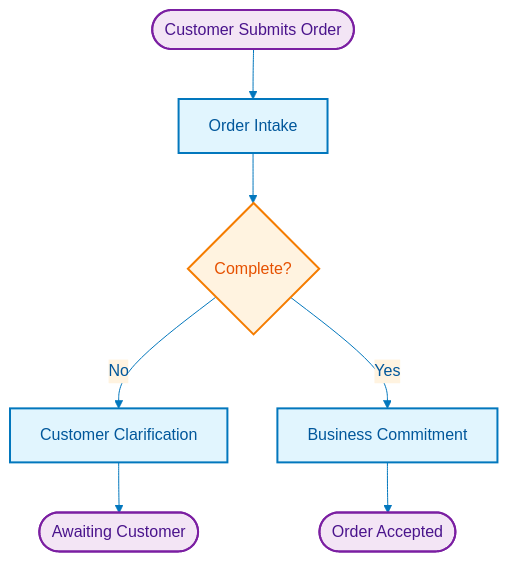
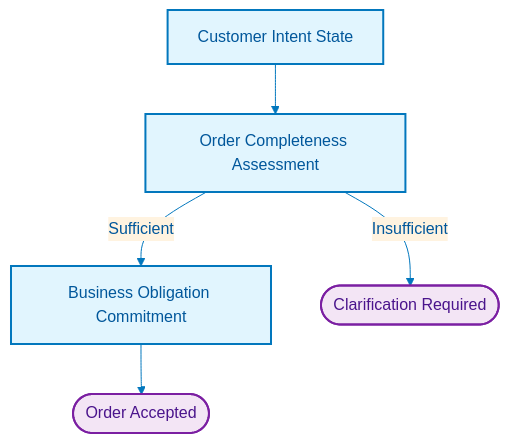
The fourth of 7 diagrams in docs/architecture/01-business-architecture.md (Evilazaro/Azure-LogicApps-Monitoring), drawn with Mermaid before and after one commit. The commit also changed other lines of this file, not shown here.

Commit message:
Refactor Business Architecture document: streamline capability definitions, enhance clarity in value streams, and update process flow descriptions

````diff
--- a/docs/architecture/01-business-architecture.md
+++ b/docs/architecture/01-business-architecture.md
@@ -357,28 +343,21 @@
 ```mermaid
 %%{init: {'theme':'base', 'themeVariables': { 'primaryColor':'#e1f5fe','primaryTextColor':'#01579b','primaryBorderColor':'#0277bd','lineColor':'#0277bd','secondaryColor':'#fff3e0','tertiaryColor':'#f3e5f5'}}}%%
 flowchart TB
-    Start([Customer Submits Order])
+    S1[Customer Intent State]
+    S2[Order Completeness Assessment]
+    S3[Business Obligation Commitment]
 
-    P1[Order Intake]
-    D1{Complete?}
-    P2[Customer Clarification]
-    P3[Business Commitment]
+    O1([Order Accepted])
+    O2([Clarification Required])
 
-    End1([Order Accepted])
-    End2([Awaiting Customer])
+    S1 --> S2
+    S2 -->|Sufficient| S3
+    S2 -->|Insufficient| O2
+    S3 --> O1
 
-    Start --> P1
-    P1 --> D1
-    D1 -->|No| P2
-    P2 --> End2
-    D1 -->|Yes| P3
-    P3 --> End1
+    classDef state fill:#e1f5fe,stroke:#0277bd,stroke-width:2px,color:#01579b
+    classDef outcome fill:#f3e5f5,stroke:#7b1fa2,stroke-width:2px,color:#4a148c
 
-    classDef process fill:#e1f5fe,stroke:#0277bd,stroke-width:2px,color:#01579b
-    classDef decision fill:#fff3e0,stroke:#f57c00,stroke-width:2px,color:#e65100
-    classDef terminal fill:#f3e5f5,stroke:#7b1fa2,stroke-width:2px,color:#4a148c
-
-    class P1,P2,P3 process
-    class D1 decision
-    class Start,End1,End2 terminal
+    class S1,S2,S3 state
+    class O1,O2 outcome
 ```
````
